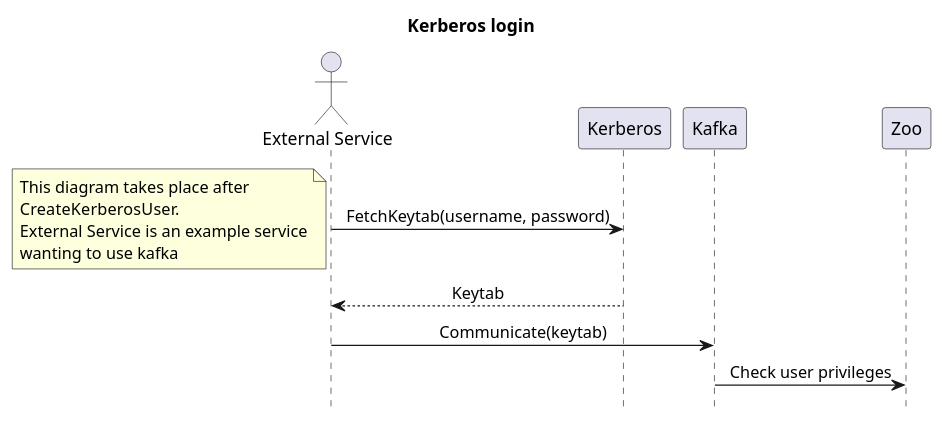
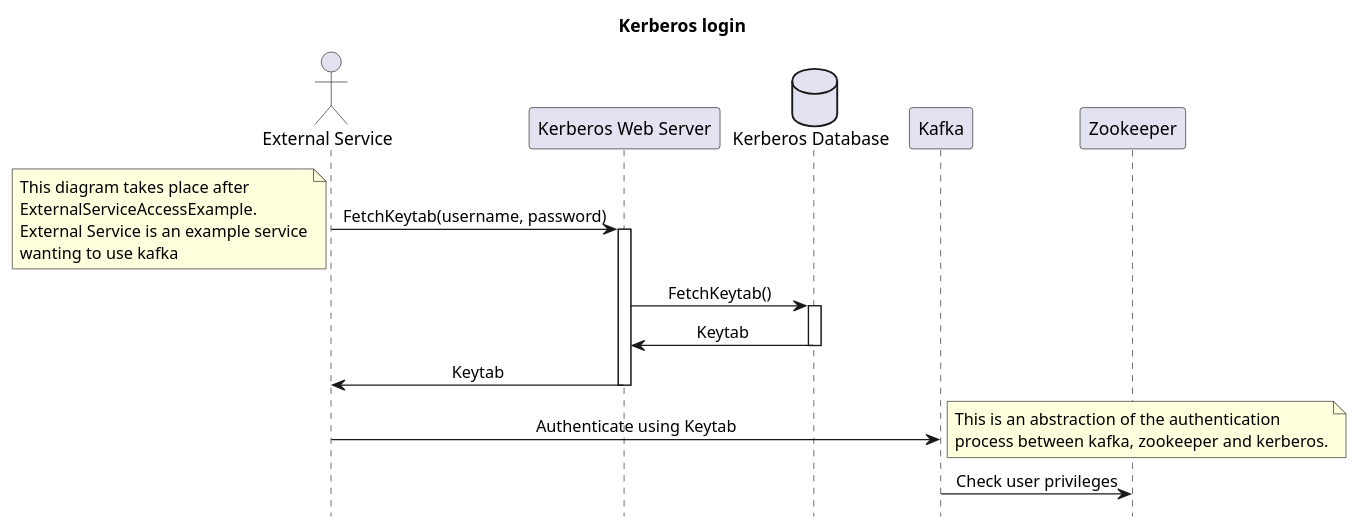
One commit to jakobhviid/ProjectLeapNode changed the diagram in Docs/SecuritySequenceDiagrams/KerberosLogIn.pu. Above: the diagram before and after it, drawn with PlantUML. The commit also changed 10 other files, not shown here.

Commit message:
Diagrams

```diff
--- a/Docs/SecuritySequenceDiagrams/KerberosLogIn.pu
+++ b/Docs/SecuritySequenceDiagrams/KerberosLogIn.pu
@@ -1,27 +1,40 @@
 @startuml
 hide footbox
 skinparam sequenceMessageAlign center
 
 Title "Kerberos login"
 
-
 actor "External Service" as es
 
-participant "Kerberos" as kerberos
+participant "Kerberos Web Server" as kerberosws
+database "Kerberos Database" as kdata
 
 participant "Kafka" as kafka
-participant "Zoo" as zoo
 
-es -> kerberos : FetchKeytab(username, password)
+participant "Zookeeper" as zoo
+
+es -> kerberosws : FetchKeytab(username, password)
+activate kerberosws
 note left
     This diagram takes place after
-    CreateKerberosUser. 
+    ExternalServiceAccessExample. 
     External Service is an example service
     wanting to use kafka
 end note
-return Keytab
 
-es -> kafka : Communicate(keytab)
+kerberosws -> kdata : FetchKeytab()
+activate kdata
+kdata -> kerberosws: Keytab
+deactivate kdata
+
+kerberosws -> es: Keytab
+deactivate kerberosws
+
+es -> kafka : Authenticate using Keytab
+note right
+    This is an abstraction of the authentication
+    process between kafka, zookeeper and kerberos.
+end note
 kafka -> zoo : Check user privileges
 
 @enduml
```
